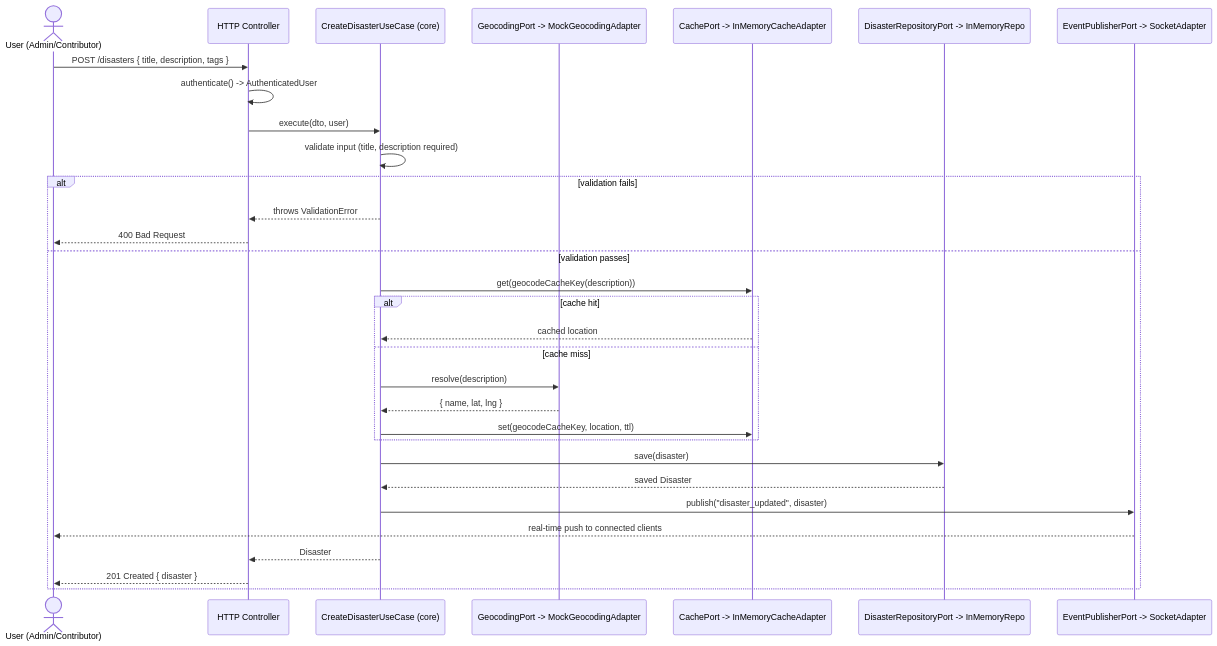
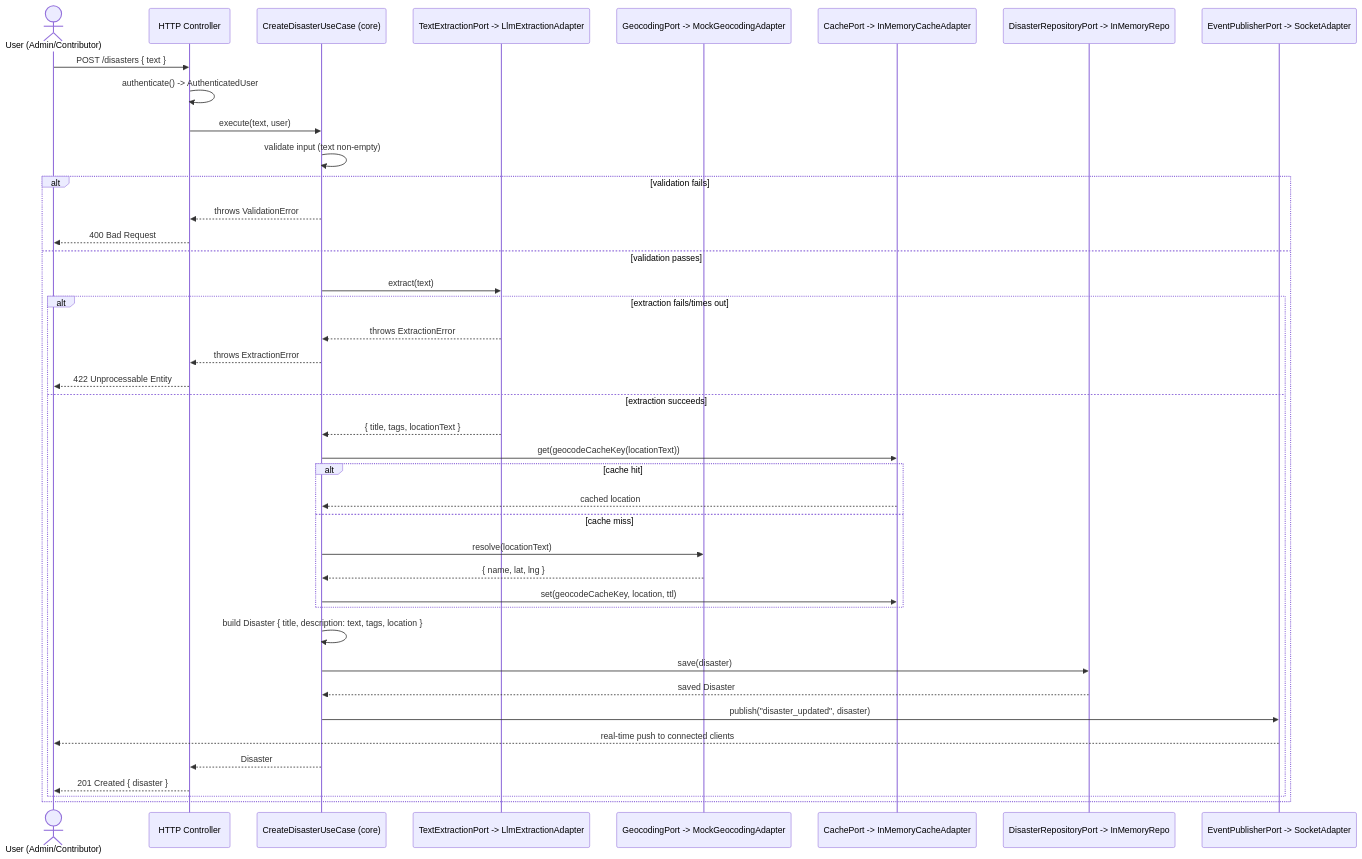
The diagram in docs/diagrams/sequence/create-disaster.mmd (Rohit-MK2k/disaster-response-coordination-platform), drawn with Mermaid before and after one commit. The commit also changed 2 other files, not shown here.

Commit message:
docs: add natural language extraction for disaster logging
Users can now create disasters

```diff
--- a/docs/diagrams/sequence/create-disaster.mmd
+++ b/docs/diagrams/sequence/create-disaster.mmd
@@ -1,32 +1,42 @@
 sequenceDiagram
     actor U as User (Admin/Contributor)
     participant API as HTTP Controller
     participant UC as CreateDisasterUseCase (core)
+    participant EXT as TextExtractionPort -> LlmExtractionAdapter
     participant GEO as GeocodingPort -> MockGeocodingAdapter
     participant CACHE as CachePort -> InMemoryCacheAdapter
     participant REPO as DisasterRepositoryPort -> InMemoryRepo
     participant EVT as EventPublisherPort -> SocketAdapter
 
-    U->>API: POST /disasters { title, description, tags }
+    U->>API: POST /disasters { text }
     API->>API: authenticate() -> AuthenticatedUser
-    API->>UC: execute(dto, user)
-    UC->>UC: validate input (title, description required)
+    API->>UC: execute(text, user)
+    UC->>UC: validate input (text non-empty)
     alt validation fails
         UC-->>API: throws ValidationError
         API-->>U: 400 Bad Request
     else validation passes
-        UC->>CACHE: get(geocodeCacheKey(description))
-        alt cache hit
-            CACHE-->>UC: cached location
-        else cache miss
-            UC->>GEO: resolve(description)
-            GEO-->>UC: { name, lat, lng }
-            UC->>CACHE: set(geocodeCacheKey, location, ttl)
+        UC->>EXT: extract(text)
+        alt extraction fails/times out
+            EXT-->>UC: throws ExtractionError
+            UC-->>API: throws ExtractionError
+            API-->>U: 422 Unprocessable Entity
+        else extraction succeeds
+            EXT-->>UC: { title, tags, locationText }
+            UC->>CACHE: get(geocodeCacheKey(locationText))
+            alt cache hit
+                CACHE-->>UC: cached location
+            else cache miss
+                UC->>GEO: resolve(locationText)
+                GEO-->>UC: { name, lat, lng }
+                UC->>CACHE: set(geocodeCacheKey, location, ttl)
+            end
+            UC->>UC: build Disaster { title, description: text, tags, location }
+            UC->>REPO: save(disaster)
+            REPO-->>UC: saved Disaster
+            UC->>EVT: publish("disaster_updated", disaster)
+            EVT-->>U: real-time push to connected clients
+            UC-->>API: Disaster
+            API-->>U: 201 Created { disaster }
         end
-        UC->>REPO: save(disaster)
-        REPO-->>UC: saved Disaster
-        UC->>EVT: publish("disaster_updated", disaster)
-        EVT-->>U: real-time push to connected clients
-        UC-->>API: Disaster
-        API-->>U: 201 Created { disaster }
     end
```
